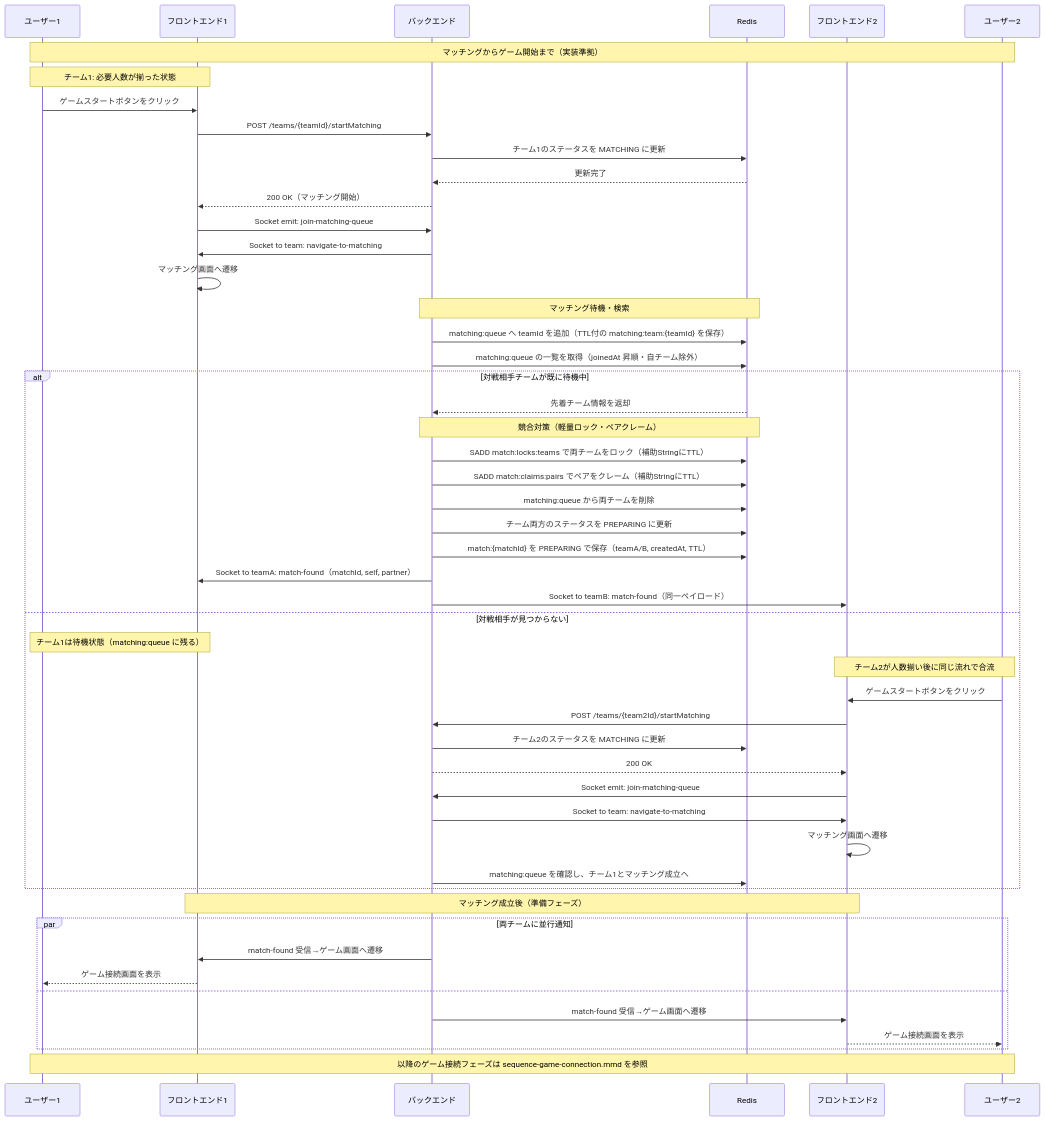
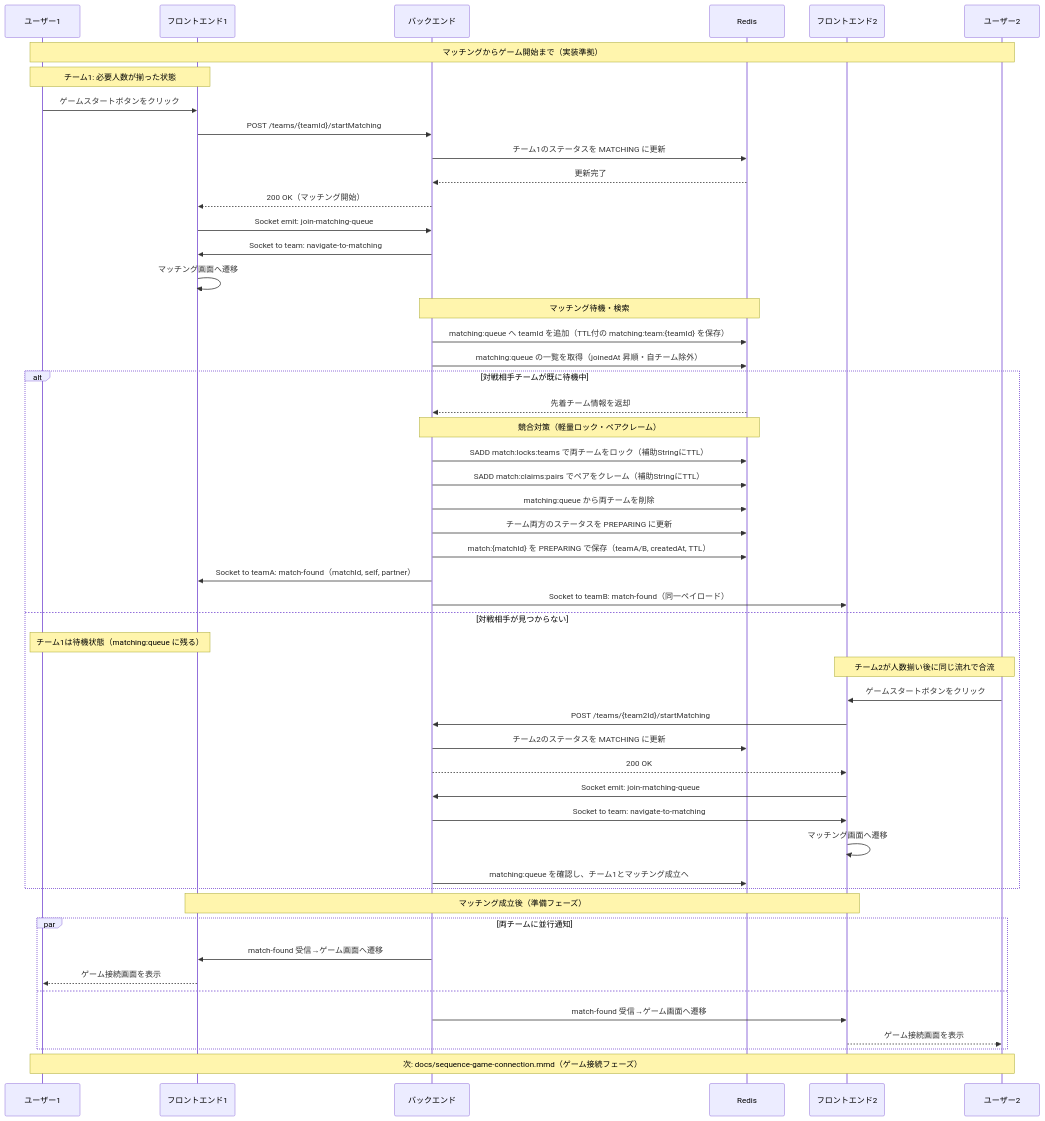
The diagram in docs/sequence-matching-to-game.mmd (kotek-7/minpuzz), drawn with Mermaid before and after one commit. The commit also changed 9 other files, not shown here.

```diff
--- a/docs/sequence-matching-to-game.mmd
+++ b/docs/sequence-matching-to-game.mmd
@@ -1,59 +1,59 @@
 %%{init: {'theme':'default', 'themeVariables': {'primaryColor': '#4f46e5', 'primaryTextColor': '#fff', 'primaryBorderColor': '#3730a3', 'lineColor': '#374151', 'secondaryColor': '#e5e7eb', 'tertiaryColor': '#f3f4f6'}}}%%
 
 sequenceDiagram
     participant U1 as ユーザー1
     participant F1 as フロントエンド1
     participant B as バックエンド
     participant R as Redis
     participant F2 as フロントエンド2
     participant U2 as ユーザー2
 
     Note over U1,U2: マッチングからゲーム開始まで（実装準拠）
 
     Note over U1,F1: チーム1: 必要人数が揃った状態
     U1->>F1: ゲームスタートボタンをクリック
     F1->>B: POST /teams/{teamId}/startMatching
     B->>R: チーム1のステータスを MATCHING に更新
     R-->>B: 更新完了
     B-->>F1: 200 OK（マッチング開始）
     F1->>B: Socket emit: join-matching-queue
     B->>F1: Socket to team: navigate-to-matching
     F1->>F1: マッチング画面へ遷移
 
     Note over B,R: マッチング待機・検索
     B->>R: matching:queue へ teamId を追加（TTL付の matching:team:{teamId} を保存）
     B->>R: matching:queue の一覧を取得（joinedAt 昇順・自チーム除外）
 
     alt 対戦相手チームが既に待機中
         R-->>B: 先着チーム情報を返却
         Note over B,R: 競合対策（軽量ロック・ペアクレーム）
         B->>R: SADD match:locks:teams で両チームをロック（補助StringにTTL）
         B->>R: SADD match:claims:pairs でペアをクレーム（補助StringにTTL）
         B->>R: matching:queue から両チームを削除
         B->>R: チーム両方のステータスを PREPARING に更新
         B->>R: match:{matchId} を PREPARING で保存（teamA/B, createdAt, TTL）
         B->>F1: Socket to teamA: match-found（matchId, self, partner）
         B->>F2: Socket to teamB: match-found（同一ペイロード）
     else 対戦相手が見つからない
         Note over U1,F1: チーム1は待機状態（matching:queue に残る）
         Note over U2,F2: チーム2が人数揃い後に同じ流れで合流
         U2->>F2: ゲームスタートボタンをクリック
         F2->>B: POST /teams/{team2Id}/startMatching
         B->>R: チーム2のステータスを MATCHING に更新
         B-->>F2: 200 OK
         F2->>B: Socket emit: join-matching-queue
         B->>F2: Socket to team: navigate-to-matching
         F2->>F2: マッチング画面へ遷移
         B->>R: matching:queue を確認し、チーム1とマッチング成立へ
     end
 
     Note over F1,F2: マッチング成立後（準備フェーズ）
     par 両チームに並行通知
         B->>F1: match-found 受信→ゲーム画面へ遷移
         F1-->>U1: ゲーム接続画面を表示
     and
         B->>F2: match-found 受信→ゲーム画面へ遷移
         F2-->>U2: ゲーム接続画面を表示
     end
 
-    Note over U1,U2: 以降のゲーム接続フェーズは sequence-game-connection.mmd を参照
+    Note over U1,U2: 次: docs/sequence-game-connection.mmd（ゲーム接続フェーズ）
```
